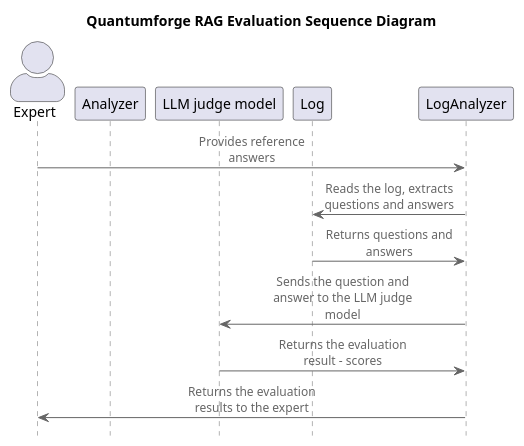
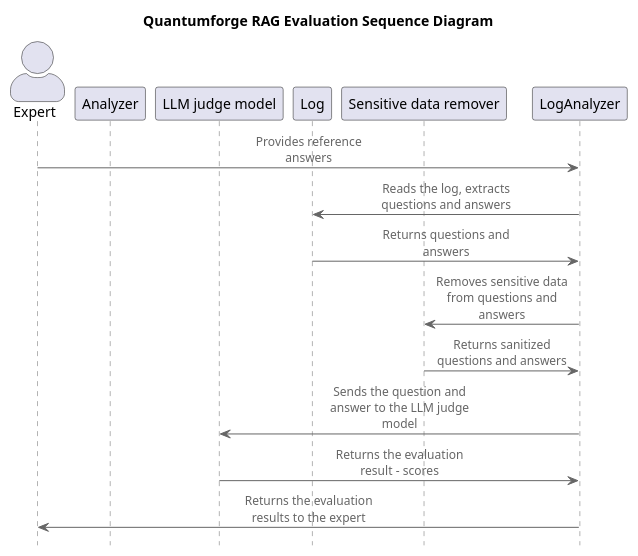
One commit to El-76/architect-quantumforge changed the diagram in Task7/RAG Evaluation Sequence.puml. Above: the diagram before and after it, drawn with PlantUML. The commit also changed 1 other file, not shown here.

Commit message:
Task7 diagrams.

```diff
--- a/Task7/RAG Evaluation Sequence.puml
+++ b/Task7/RAG Evaluation Sequence.puml
@@ -1,19 +1,22 @@
 @startuml RAG Evaluation Sequence
 
 !include <C4/C4_Sequence>
 
 title Quantumforge RAG Evaluation Sequence Diagram
 
 actor Expert
 participant "Analyzer" as Analyzer
 participant "LLM judge model" as LLMJudge
 participant "Log" as Log
+participant "Sensitive data remover" as SensitiveDataRemover
 
 Expert -> LogAnalyzer: Provides reference answers
 LogAnalyzer -> Log: Reads the log, extracts questions and answers
 Log -> LogAnalyzer: Returns questions and answers
+LogAnalyzer -> SensitiveDataRemover: Removes sensitive data from questions and answers
+SensitiveDataRemover -> LogAnalyzer: Returns sanitized questions and answers
 LogAnalyzer -> LLMJudge: Sends the question and answer to the LLM judge model
 LLMJudge -> LogAnalyzer: Returns the evaluation result - scores
 LogAnalyzer -> Expert: Returns the evaluation results to the expert
 
 @enduml
```
